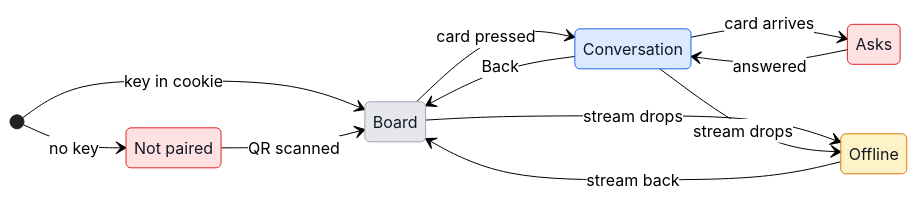
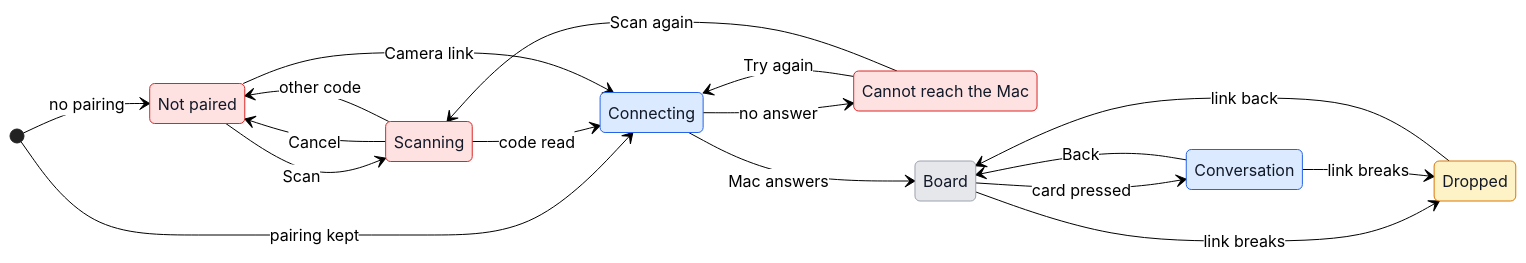
The second of 2 diagrams in docs/ux/phone.md (anetrebskii/geckit), drawn with Mermaid (neutral theme) before and after one commit. The commit also changed other lines of this file and 57 other files, not shown here.

````diff
--- a/docs/ux/phone.md
+++ b/docs/ux/phone.md
@@ -56,31 +66,41 @@
 ```mermaid
 stateDiagram-v2
   direction LR
   classDef quiet fill:#e5e7eb,stroke:#9ca3af,color:#111827
   classDef going fill:#dbeafe,stroke:#2563eb,color:#111827
   classDef wait fill:#fef3c7,stroke:#d97706,color:#111827
   classDef hands fill:#fee2e2,stroke:#dc2626,color:#111827
 
   state "Not paired" as unpaired
+  state "Scanning" as scanning
+  state "Connecting" as connecting
+  state "Cannot reach the Mac" as unreachable
   state "Board" as board
   state "Conversation" as convo
-  state "Asks" as asks
-  state "Offline" as offline
+  state "Dropped" as dropped
 
-  [*] --> unpaired: no key
-  [*] --> board: key in cookie
-  unpaired --> board: QR scanned
+  [*] --> unpaired: no pairing
+  [*] --> connecting: pairing kept
+  unpaired --> scanning: Scan
+  scanning --> unpaired: Cancel
+  scanning --> unpaired: other code
+  scanning --> connecting: code read
+  unpaired --> connecting: Camera link
+  connecting --> board: Mac answers
+  connecting --> unreachable: no answer
+  unreachable --> connecting: Try again
+  unreachable --> scanning: Scan again
   board --> convo: card pressed
   convo --> board: Back
-  convo --> asks: card arrives
-  asks --> convo: answered
-  board --> offline: stream drops
-  convo --> offline: stream drops
-  offline --> board: stream back
+  board --> dropped: link breaks
+  convo --> dropped: link breaks
+  dropped --> board: link back
 
   class unpaired hands
+  class scanning hands
+  class connecting going
+  class unreachable hands
   class board quiet
   class convo going
-  class asks hands
-  class offline wait
+  class dropped wait
 ```
````
